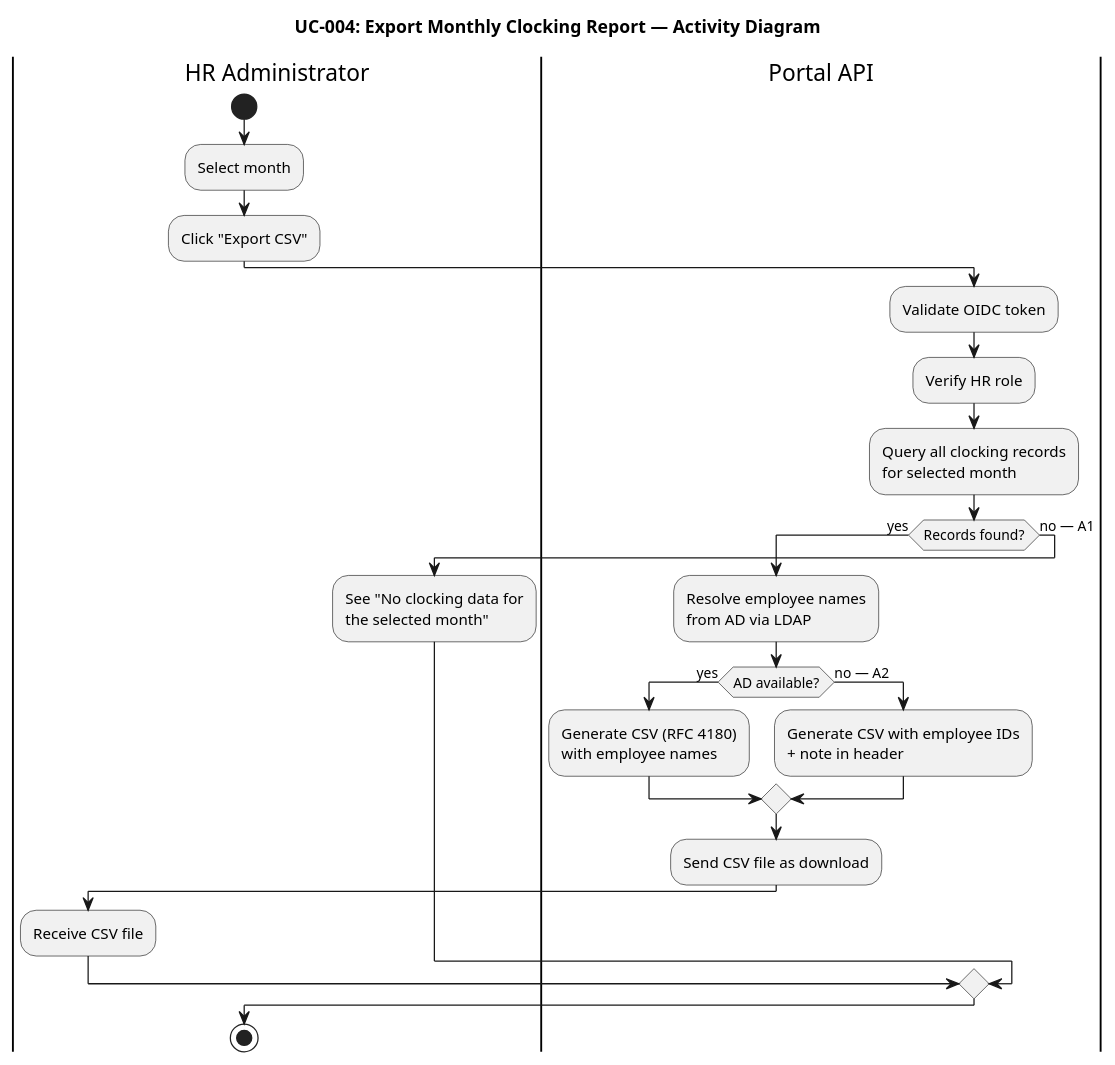
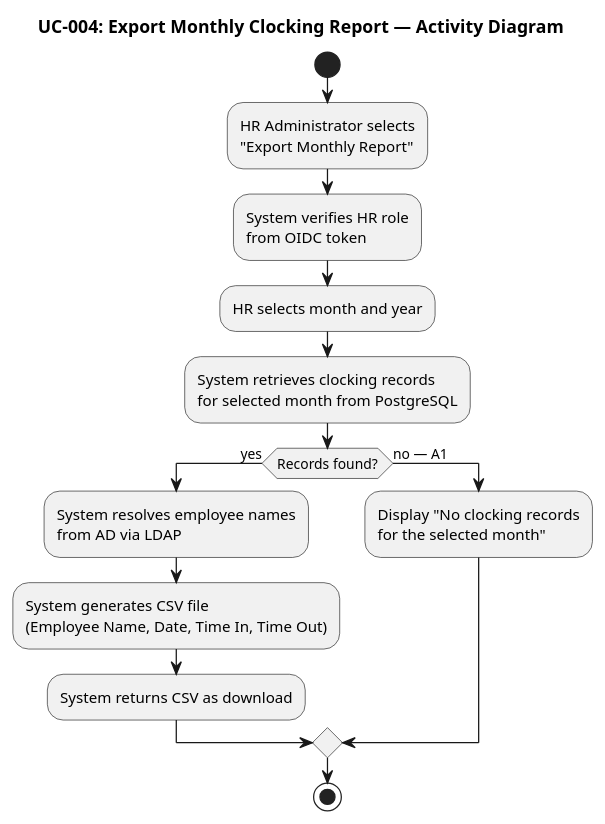
The fifth of 12 diagrams in docs/artifacts/requirements/use-case-model.md (banense-test/portal-cuba-corp), drawn with PlantUML before and after one commit. The commit also changed other lines of this file, not shown here.

First line of the commit message:
System Analyst [C2]: upsert Use-Case Model

````diff
--- a/docs/artifacts/requirements/use-case-model.md
+++ b/docs/artifacts/requirements/use-case-model.md
@@ -365,29 +295,25 @@
 ```plantuml
 @startuml
 title UC-004: Export Monthly Clocking Report — Activity Diagram
 
-|HR Administrator|
 start
-:Select month;
-:Click "Export CSV";
-|Portal API|
-:Validate OIDC token;
-:Verify HR role;
-:Query all clocking records\nfor selected month;
+:HR Administrator selects
+"Export Monthly Report";
+:System verifies HR role
+from OIDC token;
+:HR selects month and year;
+:System retrieves clocking records
+for selected month from PostgreSQL;
 if (Records found?) then (yes)
-  :Resolve employee names\nfrom AD via LDAP;
-  if (AD available?) then (yes)
-    :Generate CSV (RFC 4180)\nwith employee names;
-  else (no — A2)
-    :Generate CSV with employee IDs\n+ note in header;
-  endif
-  :Send CSV file as download;
-  |HR Administrator|
-  :Receive CSV file;
+  :System resolves employee names
+  from AD via LDAP;
+  :System generates CSV file
+  (Employee Name, Date, Time In, Time Out);
+  :System returns CSV as download;
 else (no — A1)
-  |HR Administrator|
-  :See "No clocking data for\nthe selected month";
+  :Display "No clocking records
+  for the selected month";
 endif
 stop
 @enduml
 ```
````
